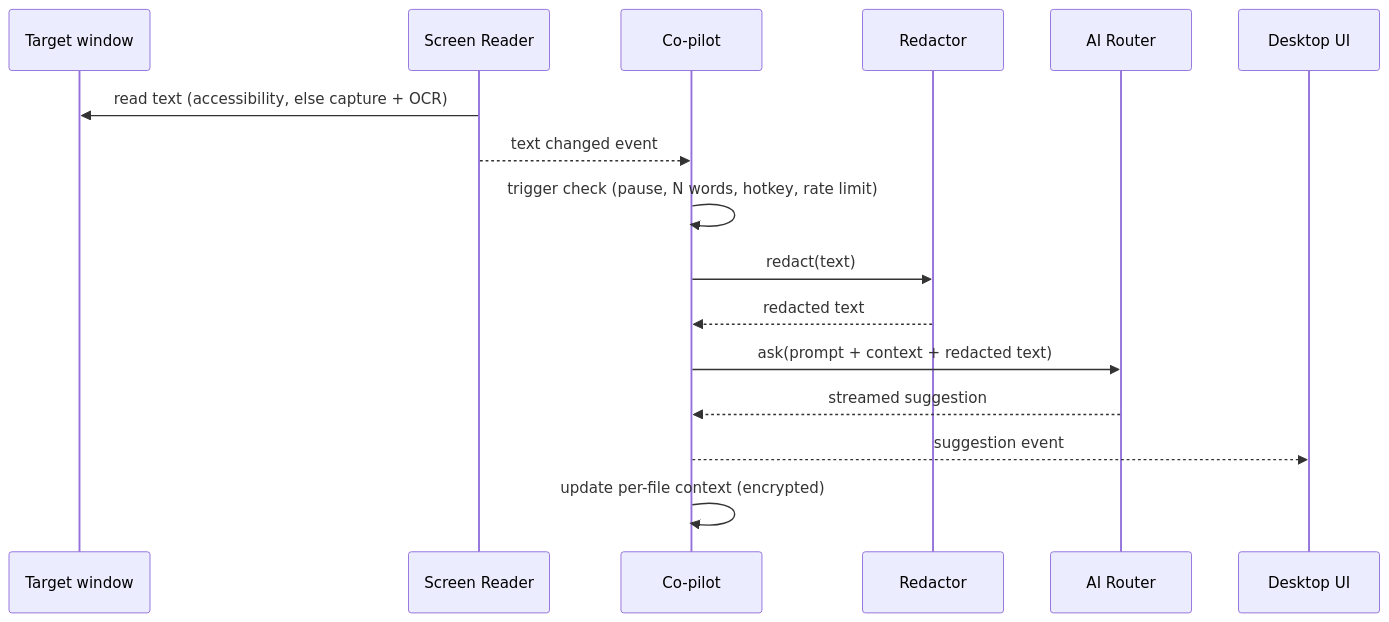
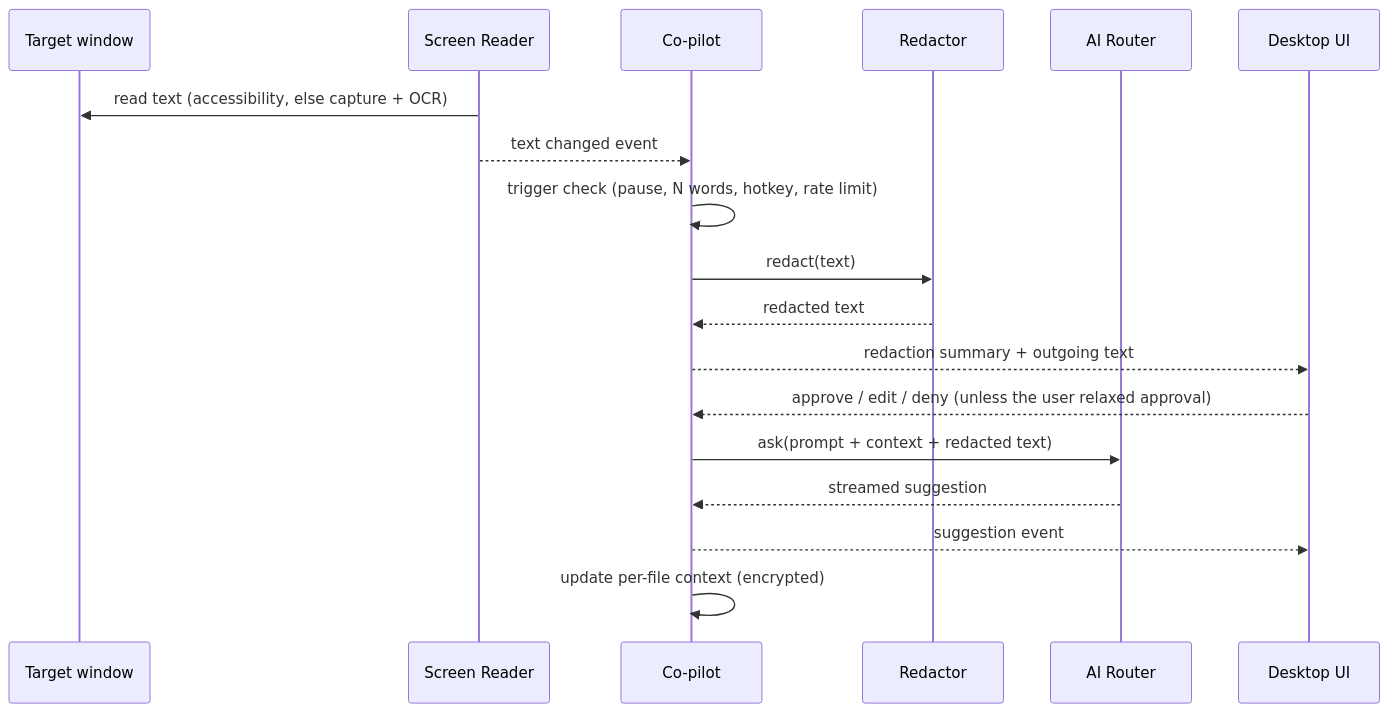
Before and after one commit to Daycdom/Sidelight: the third of 3 diagrams in docs/architecture/architecture.md, drawn with Mermaid. The commit also changed other lines of this file and 13 other files, not shown here.

Commit message:
docs: require redaction summary and user approval before any send (ADR-0012)

````diff
--- a/docs/architecture/architecture.md
+++ b/docs/architecture/architecture.md
@@ -85,19 +85,21 @@
 ```mermaid
 sequenceDiagram
   participant T as Target window
   participant SR as Screen Reader
   participant CP as Co-pilot
   participant RD as Redactor
   participant AR as AI Router
   participant UI as Desktop UI
 
   SR->>T: read text (accessibility, else capture + OCR)
   SR-->>CP: text changed event
   CP->>CP: trigger check (pause, N words, hotkey, rate limit)
   CP->>RD: redact(text)
   RD-->>CP: redacted text
+  CP-->>UI: redaction summary + outgoing text
+  UI-->>CP: approve / edit / deny (unless the user relaxed approval)
   CP->>AR: ask(prompt + context + redacted text)
   AR-->>CP: streamed suggestion
   CP-->>UI: suggestion event
   CP->>CP: update per-file context (encrypted)
 ```
````
